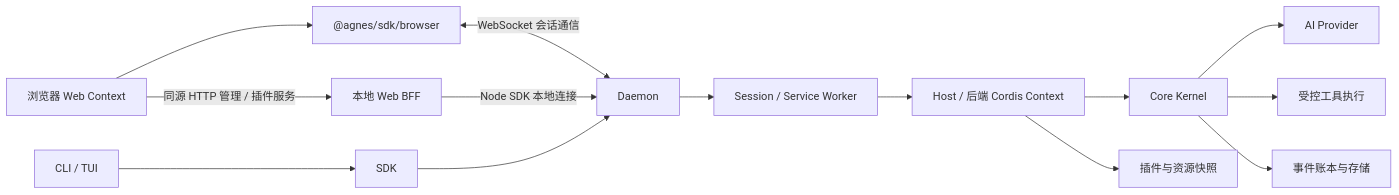
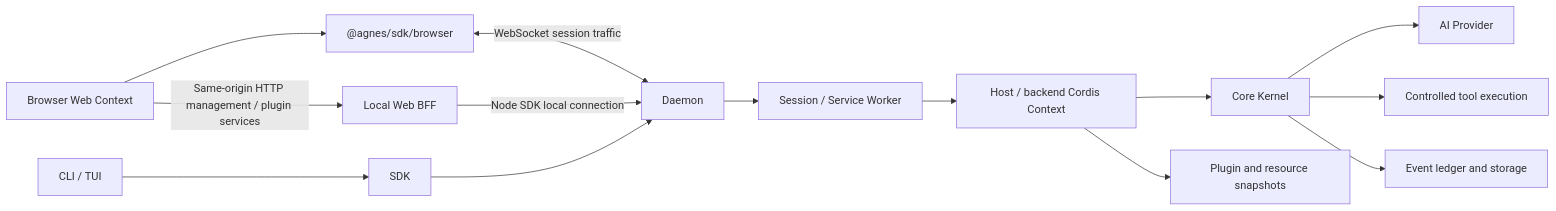
Before and after one commit to AgnesAI-Labs/agnes-harness: the diagram in docs/develop/architecture.md, drawn with Mermaid. The commit also changed other lines of this file and 73 other files, not shown here.

````diff
--- a/docs/develop/architecture.md
+++ b/docs/develop/architecture.md
@@ -9,16 +13,16 @@
 ```mermaid
 flowchart LR
   CLI[CLI / TUI] --> SDK[SDK]
-  Web[浏览器 Web Context] --> BrowserSDK["@agnes/sdk/browser"]
-  BrowserSDK <-->|WebSocket 会话通信| D[Daemon]
-  Web -->|同源 HTTP 管理 / 插件服务| BFF[本地 Web BFF]
-  BFF -->|Node SDK 本地连接| D
+  Web[Browser Web Context] --> BrowserSDK["@agnes/sdk/browser"]
+  BrowserSDK <-->|WebSocket session traffic| D[Daemon]
+  Web -->|Same-origin HTTP management / plugin services| BFF[Local Web BFF]
+  BFF -->|Node SDK local connection| D
   SDK --> D
   D --> W[Session / Service Worker]
-  W --> H[Host / 后端 Cordis Context]
+  W --> H[Host / backend Cordis Context]
   H --> K[Core Kernel]
   K --> AI[AI Provider]
-  K --> T[受控工具执行]
-  K --> L[事件账本与存储]
-  H --> R[插件与资源快照]
+  K --> T[Controlled tool execution]
+  K --> L[Event ledger and storage]
+  H --> R[Plugin and resource snapshots]
 ```
````
